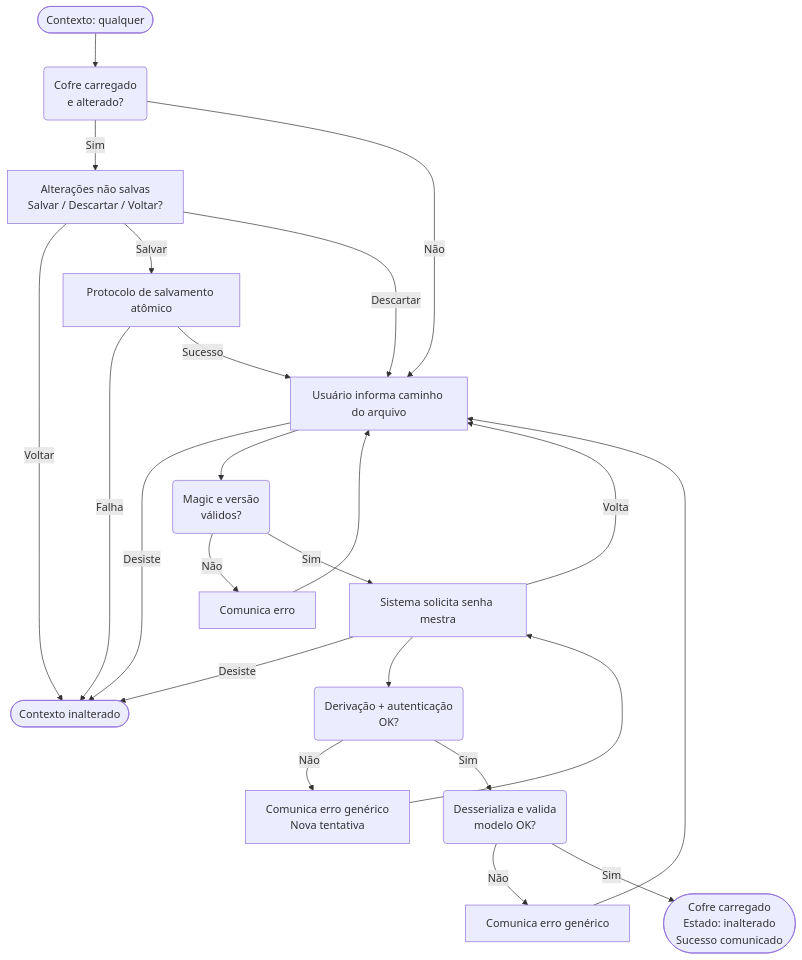
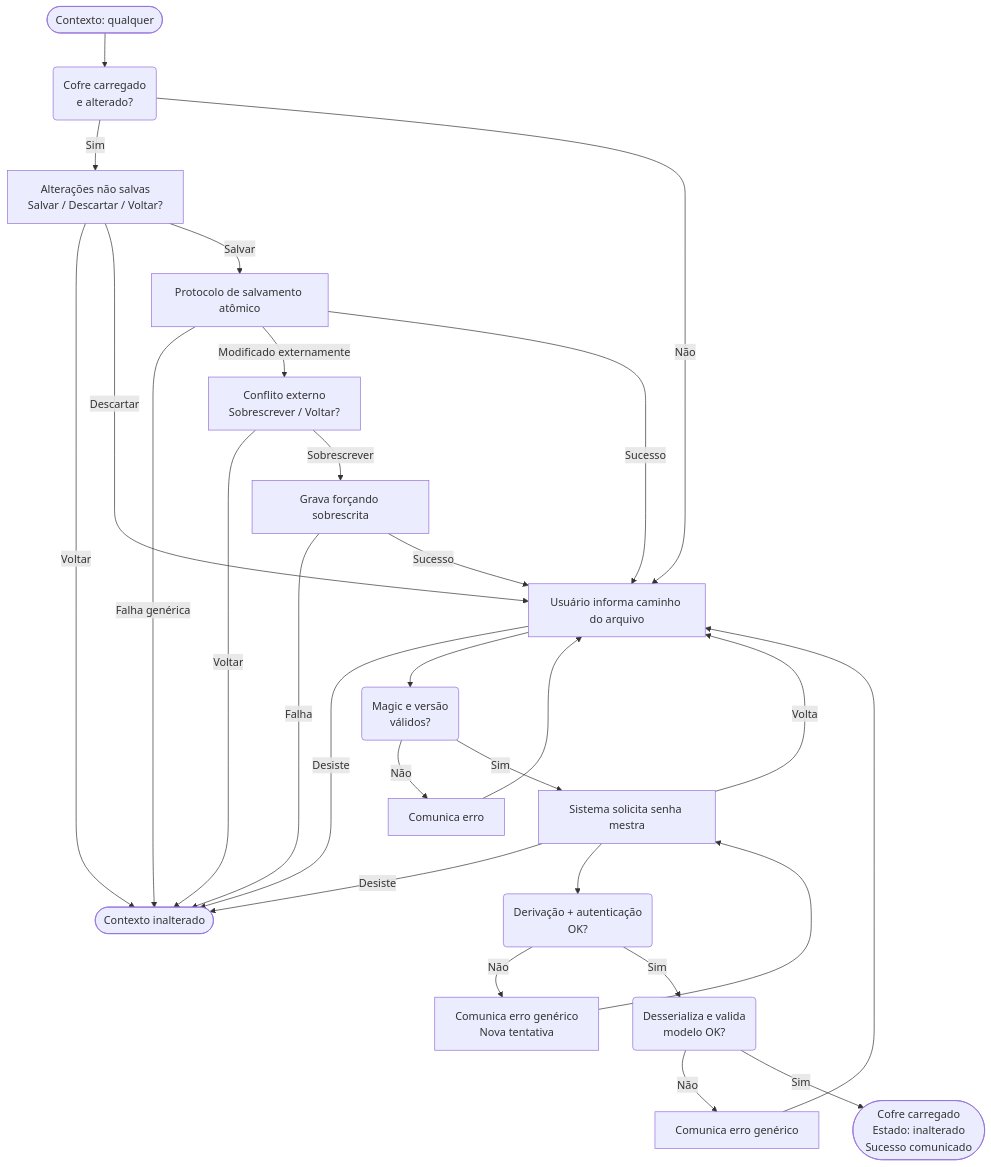
Before and after one commit to useful-toys/Abditum: the first of 9 diagrams in golden/fluxos.md, drawn with Mermaid. The commit also changed other lines of this file, not shown here.

Commit message:
docs(fluxos): enhance flow for unsaved changes handling and external modifications

````diff
--- a/golden/fluxos.md
+++ b/golden/fluxos.md
@@ -238,22 +243,27 @@
 ```mermaid
 flowchart TD
     A([Contexto: qualquer]) --> B(Cofre carregado\ne alterado?)
     B -- Sim --> C[Alterações não salvas\nSalvar / Descartar / Voltar?]
     C -- Voltar --> Z([Contexto inalterado])
+    C -- Descartar --> P2
     C -- Salvar --> W0[Protocolo de salvamento atômico]
-    W0 -- Falha --> Z
+    W0 -- Falha genérica --> Z
+    W0 -- Modificado externamente --> CE[Conflito externo\nSobrescrever / Voltar?]
+    CE -- Voltar --> Z
+    CE -- Sobrescrever --> W0F[Grava forçando sobrescrita]
+    W0F -- Falha --> Z
+    W0F -- Sucesso --> P2
     W0 -- Sucesso --> P2
-    C -- Descartar --> P2
     B -- Não --> P2
     P2[Usuário informa caminho do arquivo] -- Desiste --> Z
     P2 --> D(Magic e versão\nválidos?)
     D -- Não --> E[Comunica erro] --> P2
     D -- Sim --> F[Sistema solicita senha mestra]
     F -- Volta --> P2
     F -- Desiste --> Z
     F --> G(Derivação + autenticação\nOK?)
     G -- Não --> H[Comunica erro genérico\nNova tentativa] --> F
     G -- Sim --> I(Desserializa e valida\nmodelo OK?)
     I -- Não --> J[Comunica erro genérico] --> P2
     I -- Sim --> K([Cofre carregado\nEstado: inalterado\nSucesso comunicado])
 ```
````
